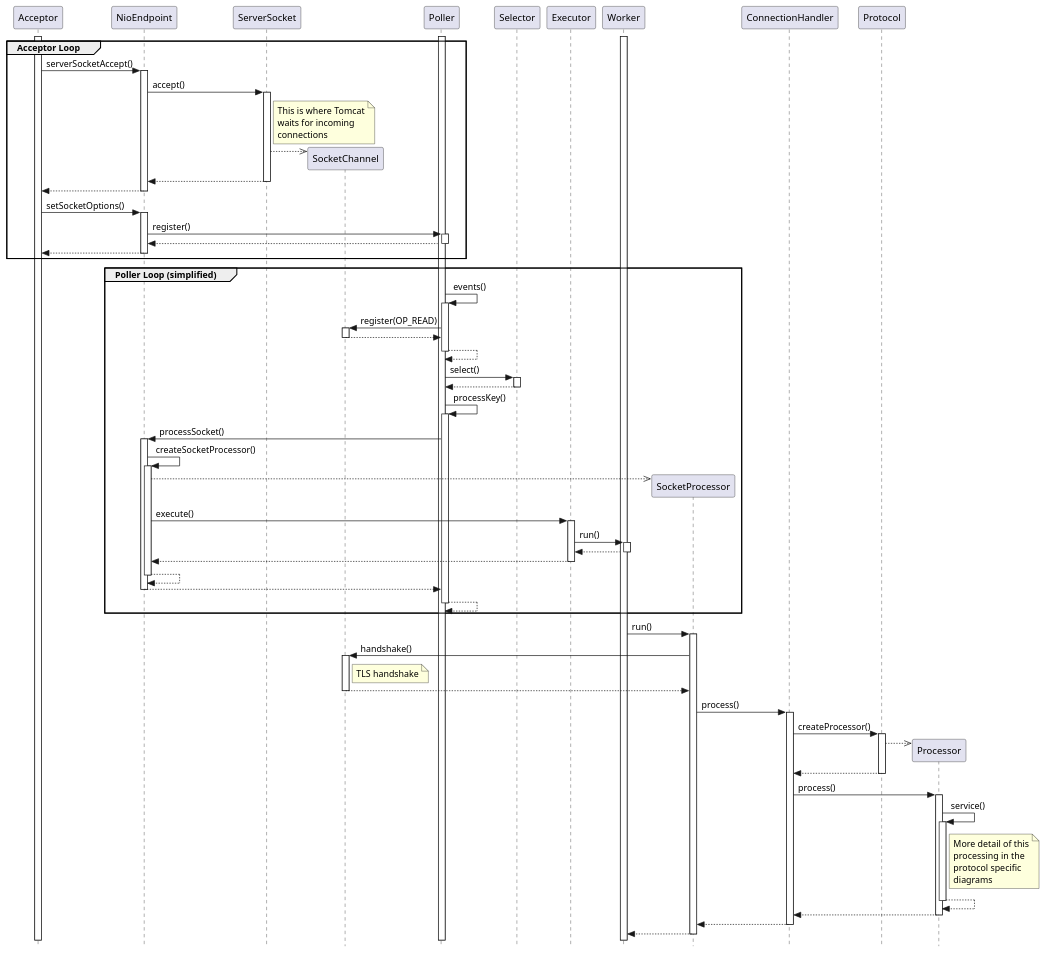
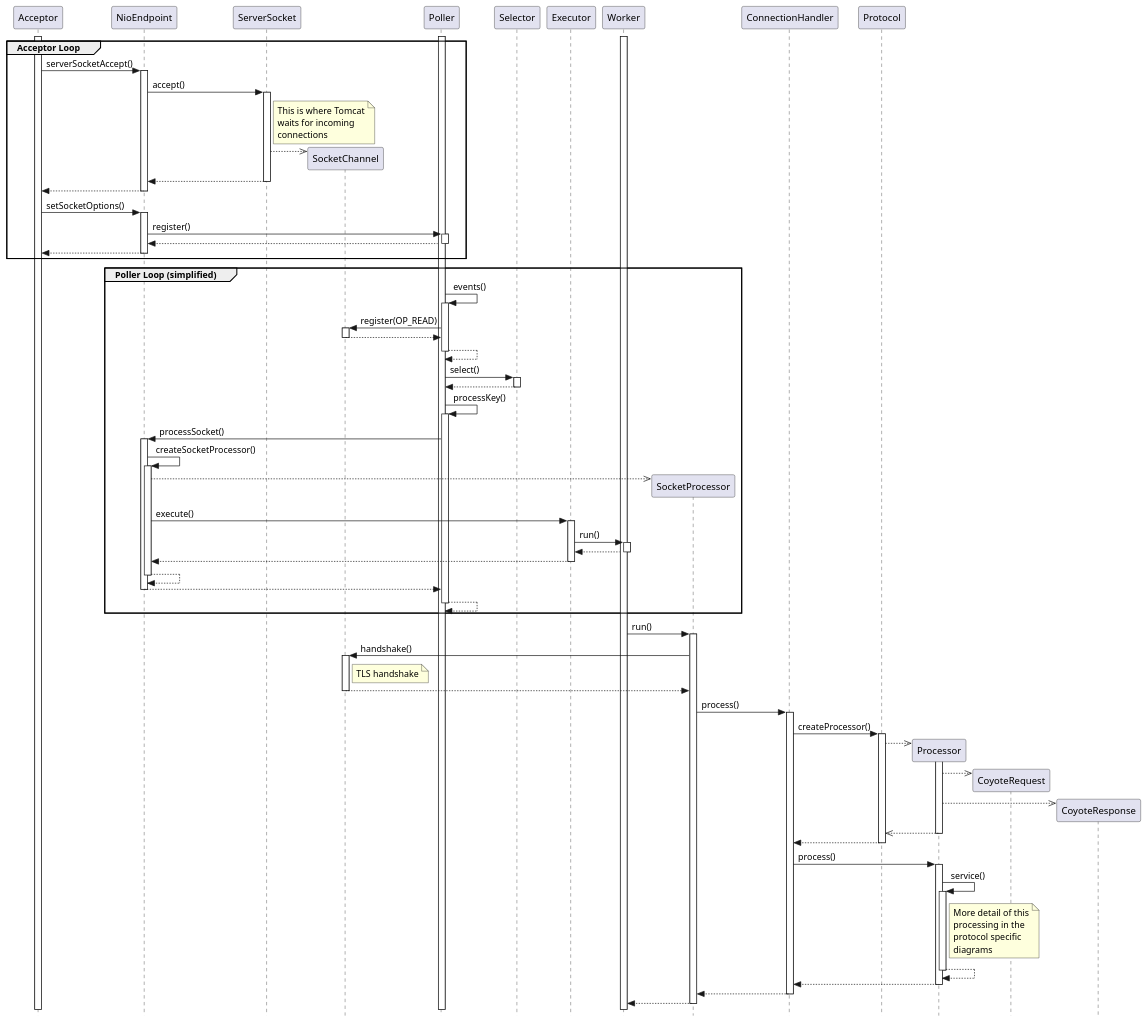
The diagram in webapps/docs/architecture/requestProcess/11_nio.plantuml (apache/tomcat), drawn with PlantUML before and after one commit. The commit also changed 4 other files, not shown here.

```diff
--- a/webapps/docs/architecture/requestProcess/11_nio.plantuml
+++ b/webapps/docs/architecture/requestProcess/11_nio.plantuml
@@ -1,93 +1,97 @@
 @startuml
 
 ' Licensed to the Apache Software Foundation (ASF) under one or more
 ' contributor license agreements.  See the NOTICE file distributed with
 ' this work for additional information regarding copyright ownership.
 ' The ASF licenses this file to You under the Apache License, Version 2.0
 ' (the "License"); you may not use this file except in compliance with
 ' the License.  You may obtain a copy of the License at
 '
 '     http://www.apache.org/licenses/LICENSE-2.0
 '
 ' Unless required by applicable law or agreed to in writing, software
 ' distributed under the License is distributed on an "AS IS" BASIS,
 ' WITHOUT WARRANTIES OR CONDITIONS OF ANY KIND, either express or implied.
 ' See the License for the specific language governing permissions and
 ' limitations under the License.
 
 hide footbox
 skinparam style strictuml
 
 activate Acceptor
 participant NioEndpoint
 participant ServerSocket
 participant SocketChannel
 activate Poller
 participant Selector
 participant Executor
 activate Worker
 
 group Acceptor Loop
 Acceptor -> NioEndpoint ++: serverSocketAccept()
 NioEndpoint -> ServerSocket ++: accept()
 note right of ServerSocket
   This is where Tomcat
   waits for incoming
   connections
 end note
 ServerSocket -->> SocketChannel **:
 return
 return
 
 Acceptor -> NioEndpoint ++: setSocketOptions()
 NioEndpoint -> Poller ++: register()
 return
 return
 end
 
 group Poller Loop (simplified)
 Poller -> Poller ++: events()
 Poller -> SocketChannel ++: register(OP_READ)
 return
 return
 
 Poller -> Selector ++: select()
 return
 
 Poller -> Poller ++: processKey()
 Poller -> NioEndpoint ++: processSocket()
 NioEndpoint -> NioEndpoint ++: createSocketProcessor()
 NioEndpoint -->> SocketProcessor **:
 NioEndpoint -> Executor ++: execute()
 Executor -> Worker ++: run()
 return
 return
 return
 return
 return
 end
 
 Worker -> SocketProcessor ++: run()
 SocketProcessor -> SocketChannel ++: handshake()
 note right of SocketChannel
   TLS handshake
 end note
 return
 SocketProcessor -> ConnectionHandler ++: process()
 ConnectionHandler -> Protocol ++: createProcessor()
 Protocol -->> Processor **:
+activate Processor
+Processor -->> CoyoteRequest **:
+Processor -->> CoyoteResponse **:
+return
 return
 ConnectionHandler -> Processor ++: process()
 Processor -> Processor ++: service()
 note right of Processor
   More detail of this
   processing in the
   protocol specific
   diagrams
 end note
 return
 return
 return
 return
 
 @enduml
```
